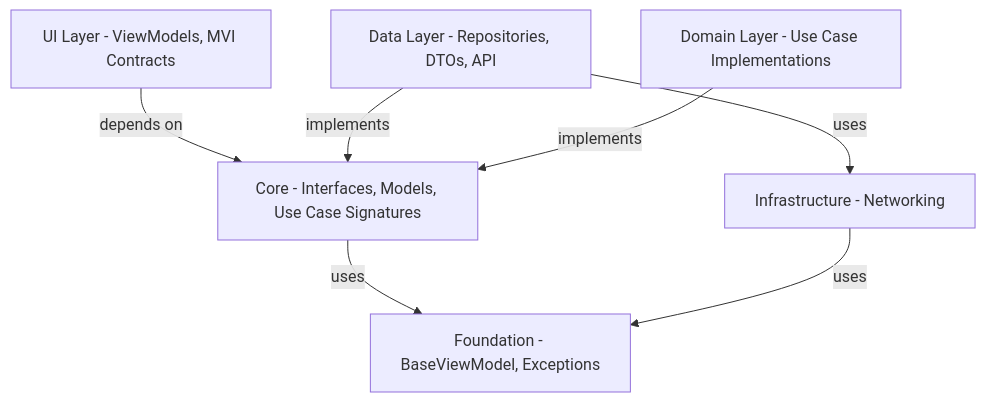
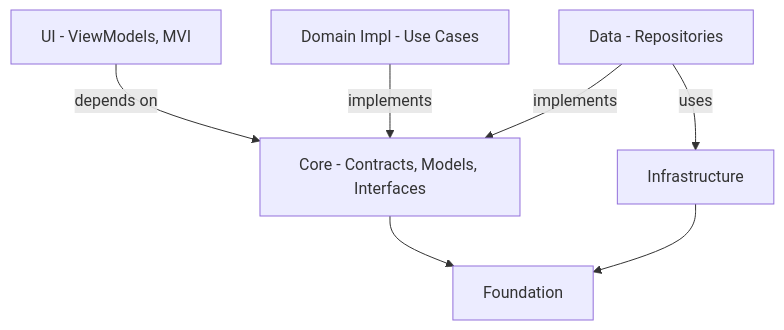
The fourth of 10 diagrams in README.md (Ashanen/Castociasto), drawn with Mermaid before and after one commit. The commit also changed other lines of this file, not shown here.

````diff
--- a/README.md
+++ b/README.md
@@ -184,11 +197,11 @@
 ```mermaid
 graph TB
-    UI[UI Layer - ViewModels, MVI Contracts] -->|depends on| Core
-    Data[Data Layer - Repositories, DTOs, API] -->|implements| Core
-    Domain[Domain Layer - Use Case Implementations] -->|implements| Core
+    UI[UI - ViewModels, MVI] -->|depends on| Core
+    DomImpl[Domain Impl - Use Cases] -->|implements| Core
+    Data[Data - Repositories] -->|implements| Core
 
-    Core[Core - Interfaces, Models, Use Case Signatures]
-    Core -->|uses| Foundation[Foundation - BaseViewModel, Exceptions]
-    Data -->|uses| Infra[Infrastructure - Networking]
-    Infra -->|uses| Foundation
+    Core[Core - Contracts, Models, Interfaces]
+    Core --> Found[Foundation]
+    Data -->|uses| Infra[Infrastructure]
+    Infra --> Found
 ```
````
